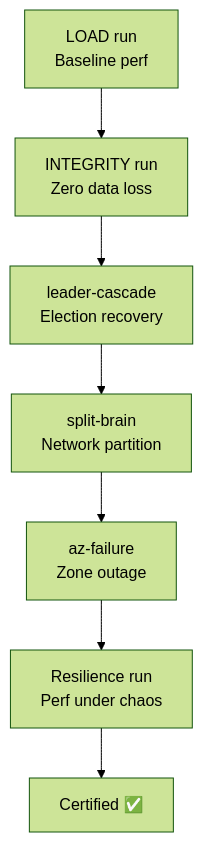
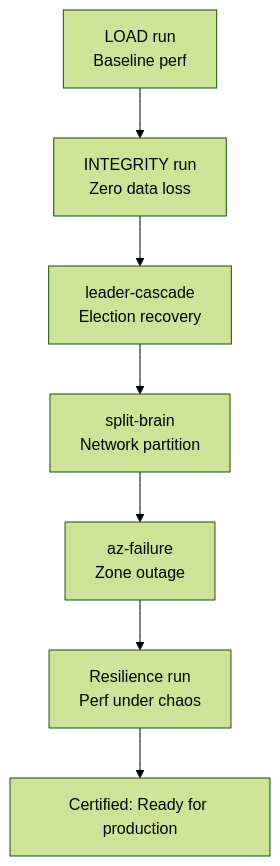
Before and after one commit to actions-marketplace-validations/bmscomp_kates: the second of 2 diagrams in docs/book/14-recipes.md, drawn with Mermaid (forest theme). The commit also changed other lines of this file and 27 other files, not shown here.

````diff
--- a/docs/book/14-recipes.md
+++ b/docs/book/14-recipes.md
@@ -185,9 +190,12 @@
 ```mermaid
+%%| label: fig-recipes-production-certification
+%%| fig-cap: "Sequential six-stage production readiness certification pipeline combining performance, data integrity, chaos playbooks, and resilience under fault."
+%%| fig-alt: "Top-down flowchart chaining six stages: LOAD run (Baseline perf), INTEGRITY run (Zero data loss), leader-cascade (Election recovery), split-brain (Network partition), az-failure (Zone outage), and Resilience run (Perf under chaos), ending at Certified."
 graph TD
     L[LOAD run\nBaseline perf] --> I[INTEGRITY run\nZero data loss]
     I --> C1[leader-cascade\nElection recovery]
     C1 --> C2[split-brain\nNetwork partition]
     C2 --> C3[az-failure\nZone outage]
     C3 --> R[Resilience run\nPerf under chaos]
-    R --> CERT[Certified ✅]
+    R --> CERT[Certified: Ready for production]
 ```
````
